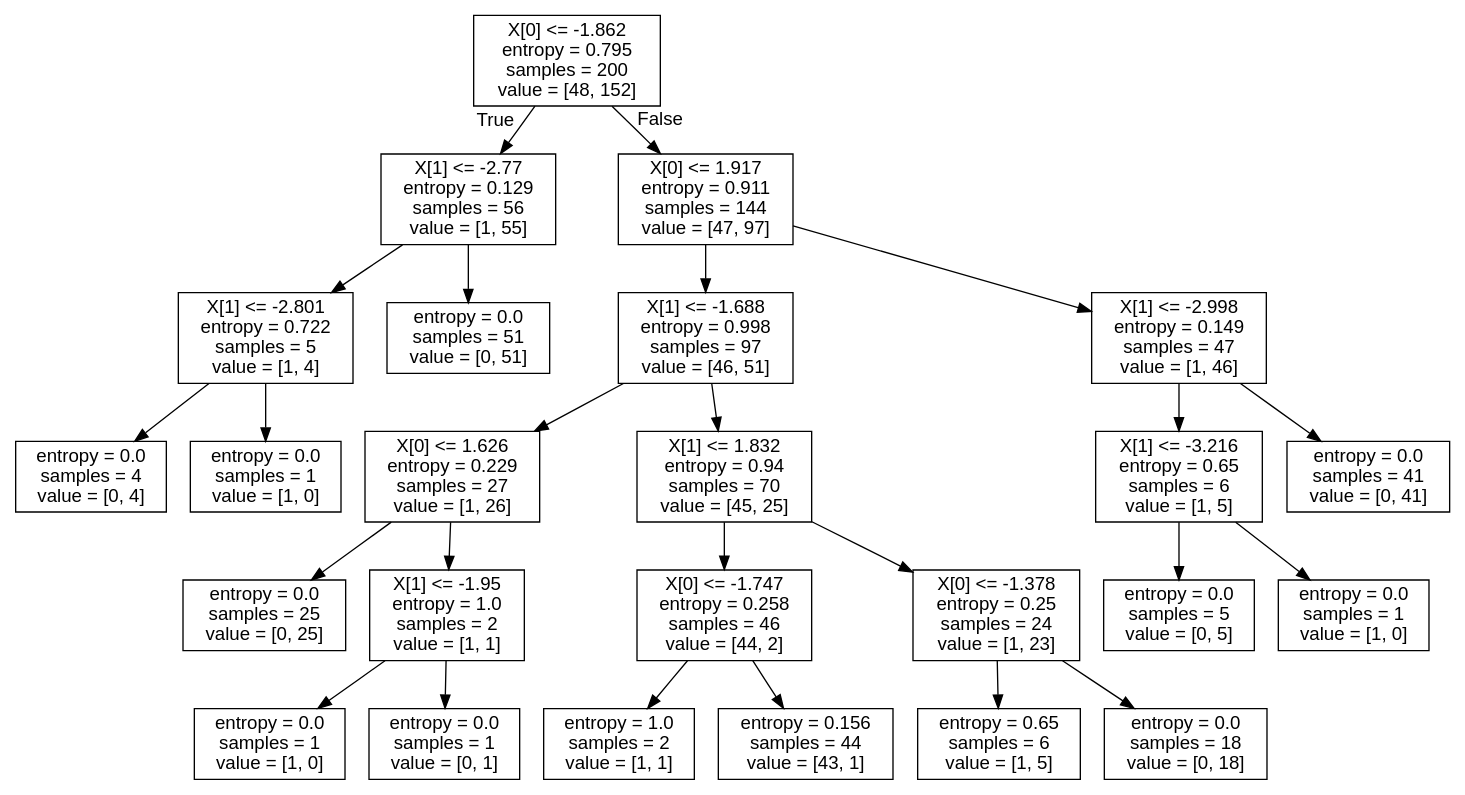
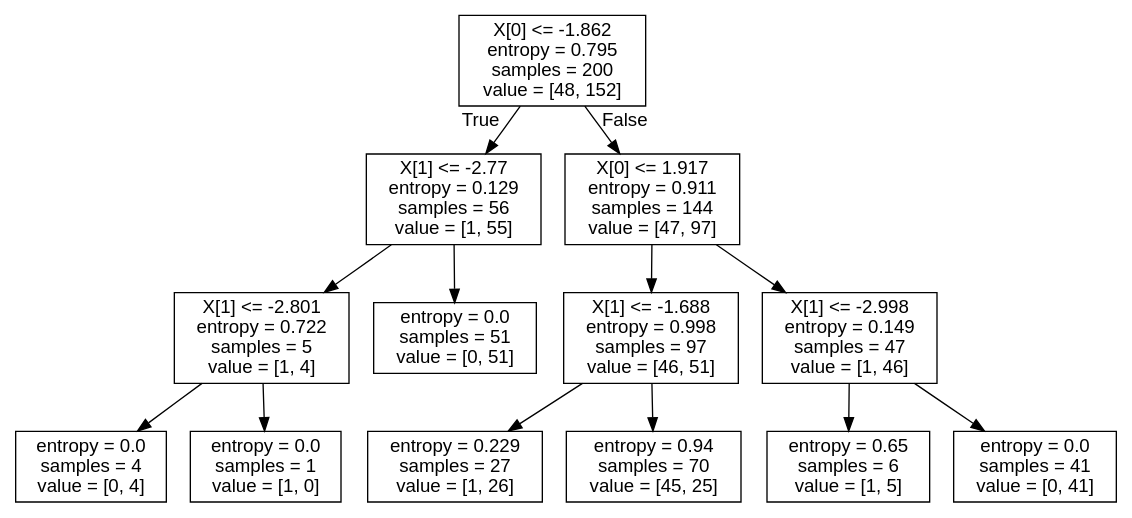
One commit to QingweiMeng1234/1003_hw6 changed the diagram in codes and data/tree_classifier.dot. Above: the diagram before and after it, drawn with Graphviz. The commit also changed 1 other file, not shown here.

```diff
--- a/codes and data/tree_classifier.dot
+++ b/codes and data/tree_classifier.dot
@@ -1,53 +1,29 @@
 digraph Tree {
 node [shape=box, fontname="helvetica"] ;
 edge [fontname="helvetica"] ;
 0 [label="X[0] <= -1.862\nentropy = 0.795\nsamples = 200\nvalue = [48, 152]"] ;
 1 [label="X[1] <= -2.77\nentropy = 0.129\nsamples = 56\nvalue = [1, 55]"] ;
 0 -> 1 [labeldistance=2.5, labelangle=45, headlabel="True"] ;
 2 [label="X[1] <= -2.801\nentropy = 0.722\nsamples = 5\nvalue = [1, 4]"] ;
 1 -> 2 ;
 3 [label="entropy = 0.0\nsamples = 4\nvalue = [0, 4]"] ;
 2 -> 3 ;
 4 [label="entropy = 0.0\nsamples = 1\nvalue = [1, 0]"] ;
 2 -> 4 ;
 5 [label="entropy = 0.0\nsamples = 51\nvalue = [0, 51]"] ;
 1 -> 5 ;
 6 [label="X[0] <= 1.917\nentropy = 0.911\nsamples = 144\nvalue = [47, 97]"] ;
 0 -> 6 [labeldistance=2.5, labelangle=-45, headlabel="False"] ;
 7 [label="X[1] <= -1.688\nentropy = 0.998\nsamples = 97\nvalue = [46, 51]"] ;
 6 -> 7 ;
-8 [label="X[0] <= 1.626\nentropy = 0.229\nsamples = 27\nvalue = [1, 26]"] ;
+8 [label="entropy = 0.229\nsamples = 27\nvalue = [1, 26]"] ;
 7 -> 8 ;
-9 [label="entropy = 0.0\nsamples = 25\nvalue = [0, 25]"] ;
-8 -> 9 ;
-10 [label="X[1] <= -1.95\nentropy = 1.0\nsamples = 2\nvalue = [1, 1]"] ;
-8 -> 10 ;
-11 [label="entropy = 0.0\nsamples = 1\nvalue = [1, 0]"] ;
+9 [label="entropy = 0.94\nsamples = 70\nvalue = [45, 25]"] ;
+7 -> 9 ;
+10 [label="X[1] <= -2.998\nentropy = 0.149\nsamples = 47\nvalue = [1, 46]"] ;
+6 -> 10 ;
+11 [label="entropy = 0.65\nsamples = 6\nvalue = [1, 5]"] ;
 10 -> 11 ;
-12 [label="entropy = 0.0\nsamples = 1\nvalue = [0, 1]"] ;
+12 [label="entropy = 0.0\nsamples = 41\nvalue = [0, 41]"] ;
 10 -> 12 ;
-13 [label="X[1] <= 1.832\nentropy = 0.94\nsamples = 70\nvalue = [45, 25]"] ;
-7 -> 13 ;
-14 [label="X[0] <= -1.747\nentropy = 0.258\nsamples = 46\nvalue = [44, 2]"] ;
-13 -> 14 ;
-15 [label="entropy = 1.0\nsamples = 2\nvalue = [1, 1]"] ;
-14 -> 15 ;
-16 [label="entropy = 0.156\nsamples = 44\nvalue = [43, 1]"] ;
-14 -> 16 ;
-17 [label="X[0] <= -1.378\nentropy = 0.25\nsamples = 24\nvalue = [1, 23]"] ;
-13 -> 17 ;
-18 [label="entropy = 0.65\nsamples = 6\nvalue = [1, 5]"] ;
-17 -> 18 ;
-19 [label="entropy = 0.0\nsamples = 18\nvalue = [0, 18]"] ;
-17 -> 19 ;
-20 [label="X[1] <= -2.998\nentropy = 0.149\nsamples = 47\nvalue = [1, 46]"] ;
-6 -> 20 ;
-21 [label="X[1] <= -3.216\nentropy = 0.65\nsamples = 6\nvalue = [1, 5]"] ;
-20 -> 21 ;
-22 [label="entropy = 0.0\nsamples = 5\nvalue = [0, 5]"] ;
-21 -> 22 ;
-23 [label="entropy = 0.0\nsamples = 1\nvalue = [1, 0]"] ;
-21 -> 23 ;
-24 [label="entropy = 0.0\nsamples = 41\nvalue = [0, 41]"] ;
-20 -> 24 ;
 }
```
